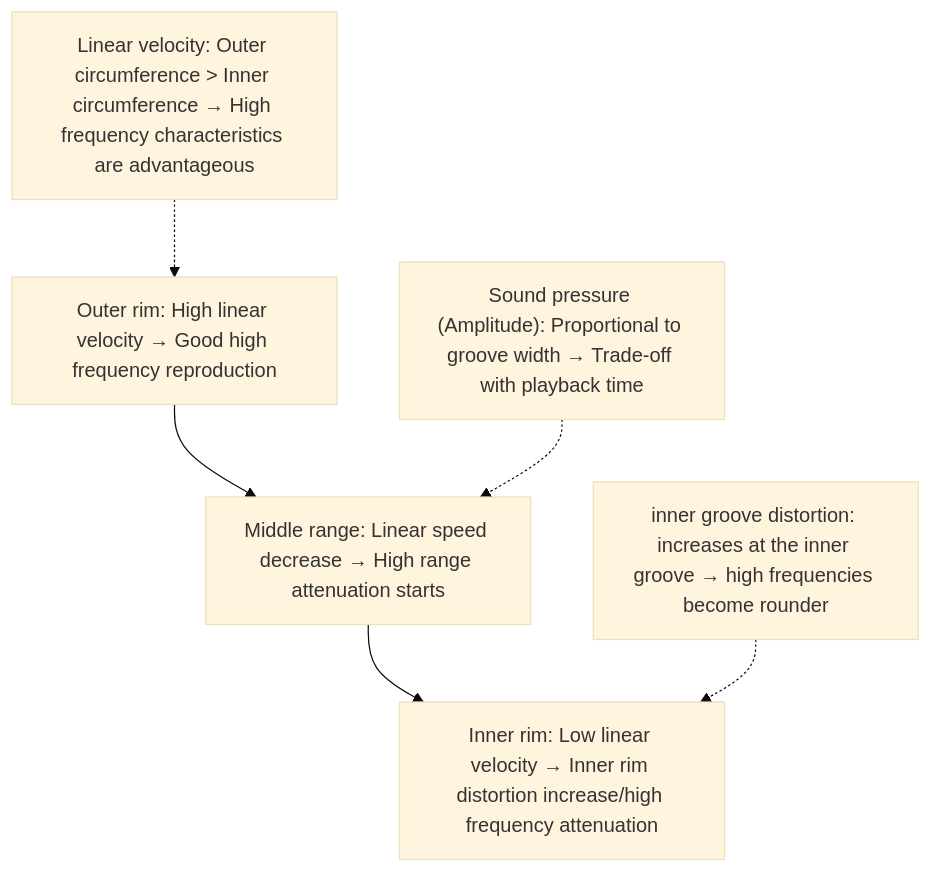
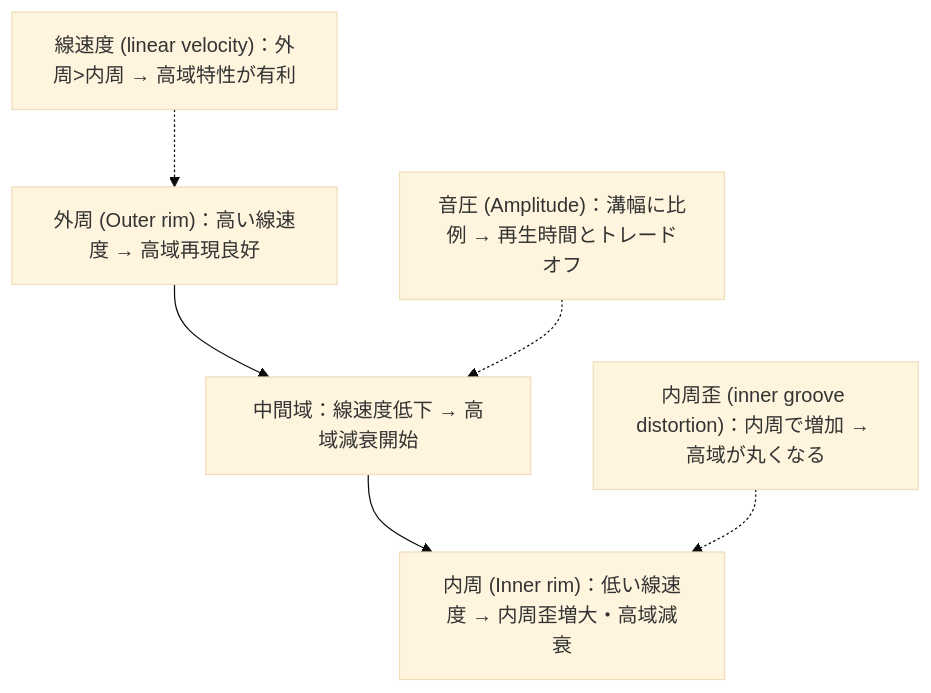
Before and after one commit to monumental-movement/monumental-movement.github.io: the third of 3 diagrams in en/_posts/2025-10-11-Colum-10-Inch-Vinyl-Tech.md, drawn with Mermaid (base theme). The commit also changed other lines of this file and 211 other files, not shown here.

```diff
--- a/en/_posts/2025-10-11-Colum-10-Inch-Vinyl-Tech.md
+++ b/en/_posts/2025-10-11-Colum-10-Inch-Vinyl-Tech.md
@@ -216,19 +216,19 @@
 <div class="mermaid">
 
 flowchart TD
-O["Outer rim: High linear velocity → Good high frequency reproduction"]
-M["Middle range: Linear speed decrease → High range attenuation starts"]
-I["Inner rim: Low linear velocity → Inner rim distortion increase/high frequency attenuation"]
+    O["外周 (Outer rim)：高い線速度 → 高域再現良好"]
+    M["中間域：線速度低下 → 高域減衰開始"]
+    I["内周 (Inner rim)：低い線速度 → 内周歪増大・高域減衰"]
 
-O --> M --> I
+    O --> M --> I
 
-%% Add annotation at node
-A["Linear velocity: Outer circumference > Inner circumference → High frequency characteristics are advantageous"]
-B["inner groove distortion: increases at the inner groove → high frequencies become rounder"]
-C["Sound pressure (Amplitude): Proportional to groove width → Trade-off with playback time"]
+    %% 注釈をノードで追加
+    A["線速度 (linear velocity)：外周>内周 → 高域特性が有利"]
+    B["内周歪 (inner groove distortion)：内周で増加 → 高域が丸くなる"]
+    C["音圧 (Amplitude)：溝幅に比例 → 再生時間とトレードオフ"]
 
-A -.-> O
-B -.->I
-C -.-> M
+    A -.-> O
+    B -.-> I
+    C -.-> M
 
 </div>
```
